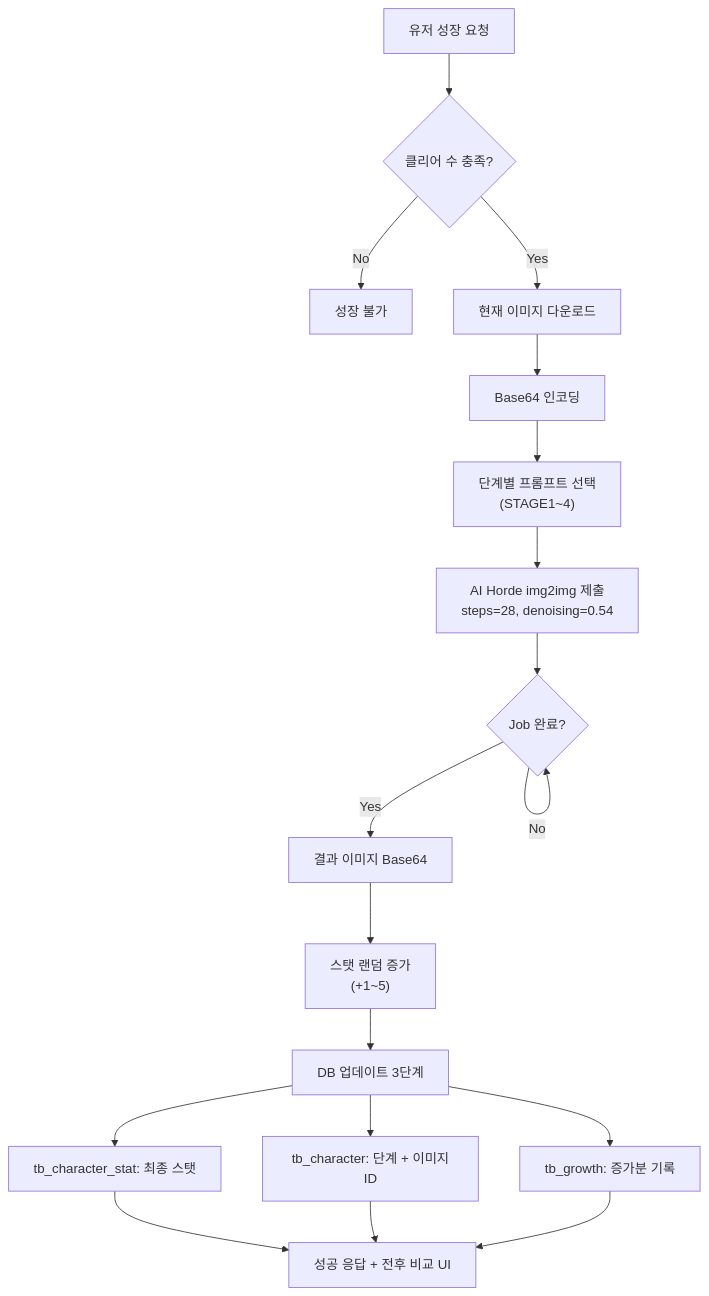
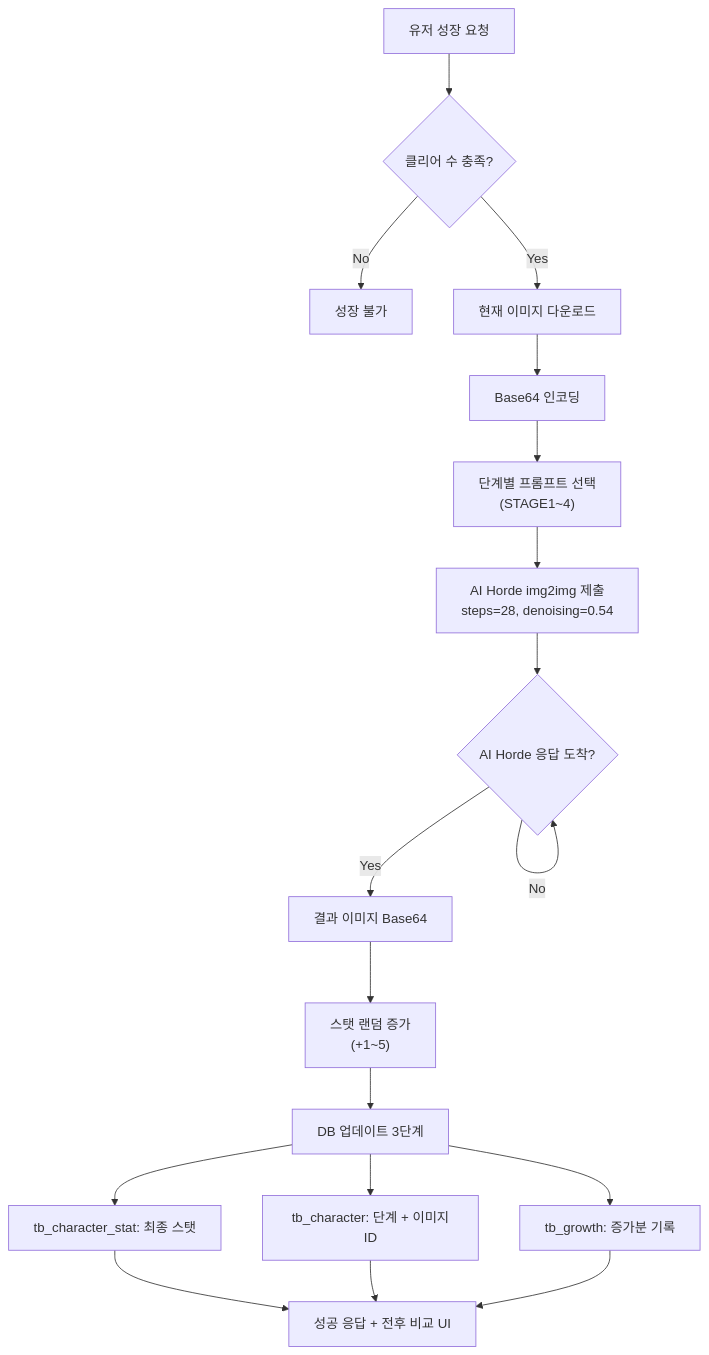
One commit to zcx1119son/Gmaking-Team-Project changed the second of 2 diagrams in README/ejm/README.md. Above: the diagram before and after it, drawn with Mermaid.

````diff
--- a/README/ejm/README.md
+++ b/README/ejm/README.md
@@ -188,18 +188,18 @@
 ```mermaid
 flowchart TD
     A["유저 성장 요청"] --> B{"클리어 수 충족?"}
     B -->|No| Z["성장 불가"]
     B -->|Yes| C["현재 이미지 다운로드"]
     C --> D["Base64 인코딩"]
-    D --> E["단계별 프롬프트 선택\n(STAGE1~4)"]
-    E --> F["AI Horde img2img 제출\nsteps=28, denoising=0.54"]
-    F --> G{"Job 완료?"}
+    D --> E["단계별 프롬프트 선택<br/>(STAGE1~4)"]
+    E --> F["AI Horde img2img 제출<br/>steps=28, denoising=0.54"]
+    F --> G{"AI Horde 응답 도착?"}
     G -->|No| G
     G -->|Yes| H["결과 이미지 Base64"]
-    H --> I["스탯 랜덤 증가\n(+1~5)"]
+    H --> I["스탯 랜덤 증가<br/>(+1~5)"]
     I --> J["DB 업데이트 3단계"]
     J --> K["tb_character_stat: 최종 스탯"]
     J --> L["tb_character: 단계 + 이미지ID"]
     J --> M["tb_growth: 증가분 기록"]
     K & L & M --> N["성공 응답 + 전후 비교 UI"]
 ```
````
